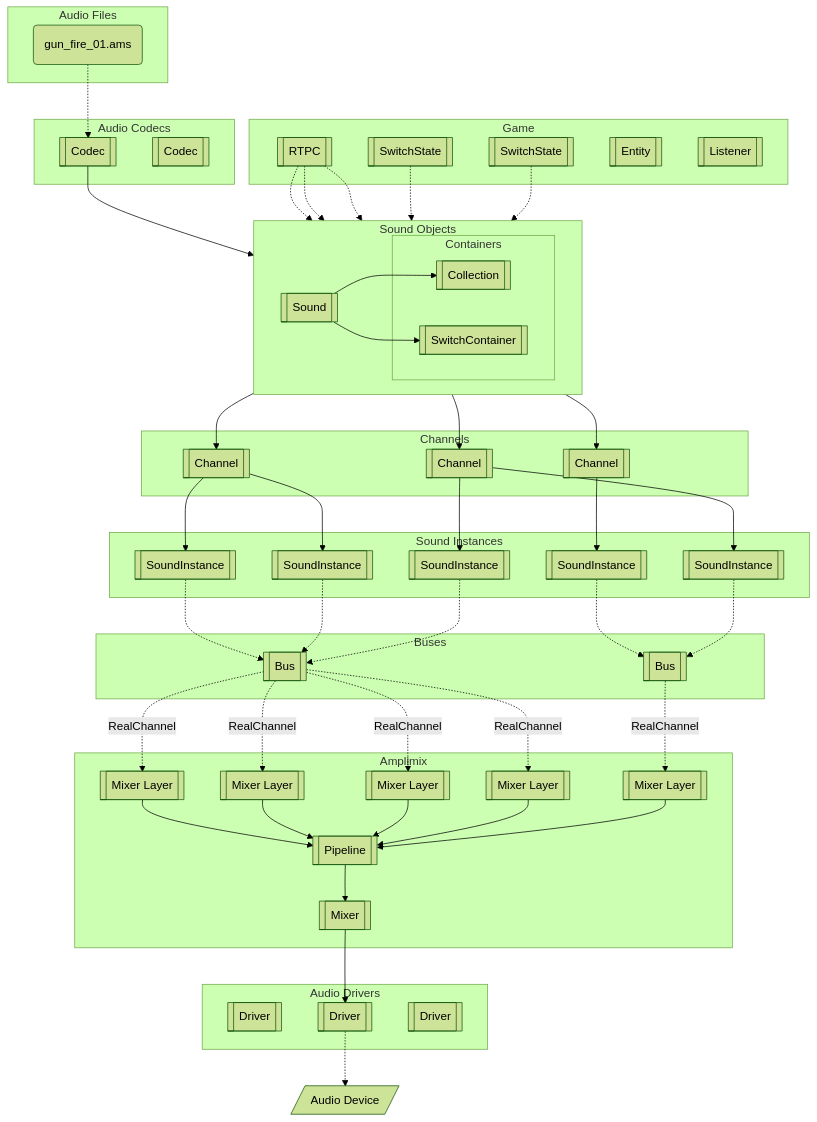
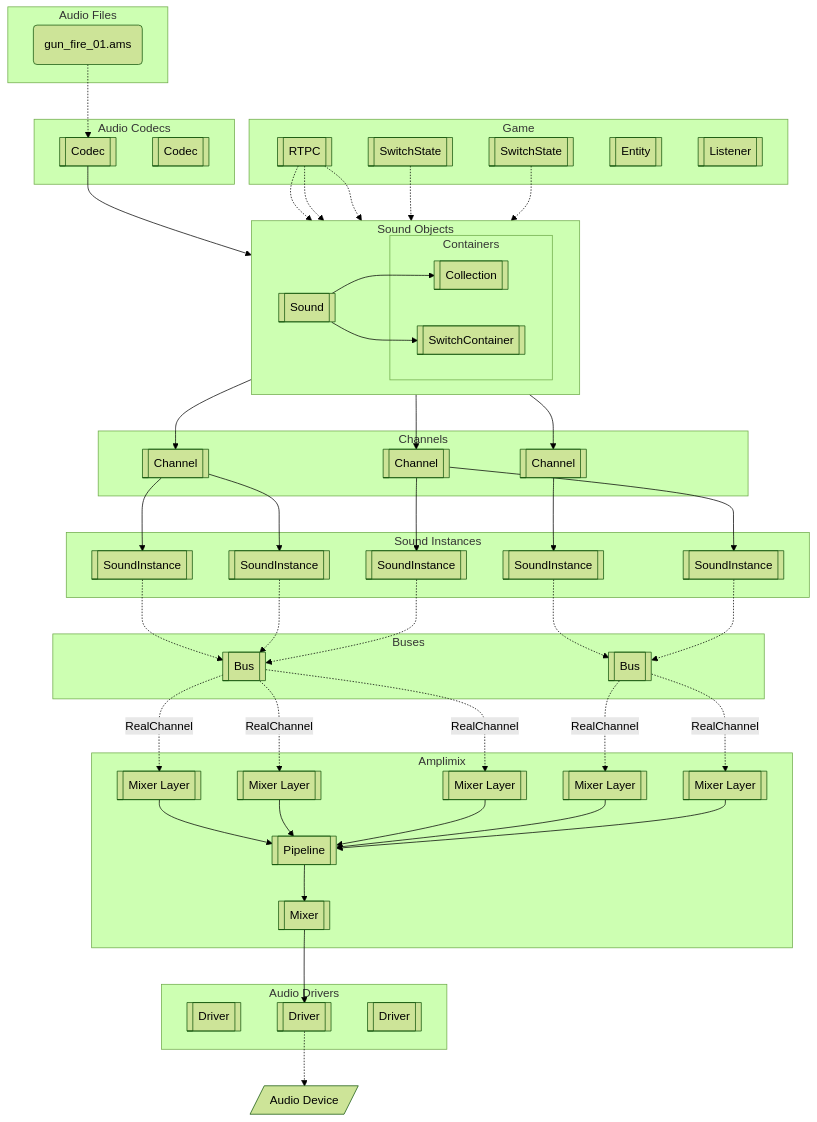
The diagram in docs/getting-started/concepts.md (AmplitudeAudio/doc-sdk), drawn with Mermaid (forest theme) before and after one commit. The commit also changed other lines of this file and 29 other files, not shown here.

```diff
--- a/docs/getting-started/concepts.md
+++ b/docs/getting-started/concepts.md
@@ -87,7 +87,7 @@
   bus1 -.->|RealChannel| mixer_layer1
   bus1 -.->|RealChannel| mixer_layer2
   bus1 -.->|RealChannel| mixer_layer3
-  bus1 -.->|RealChannel| mixer_layer4
+  bus2 -.->|RealChannel| mixer_layer4
   bus2 -.->|RealChannel| mixer_layer5
   mixer_layer1 --> pipeline
   mixer_layer2 --> pipeline
```
